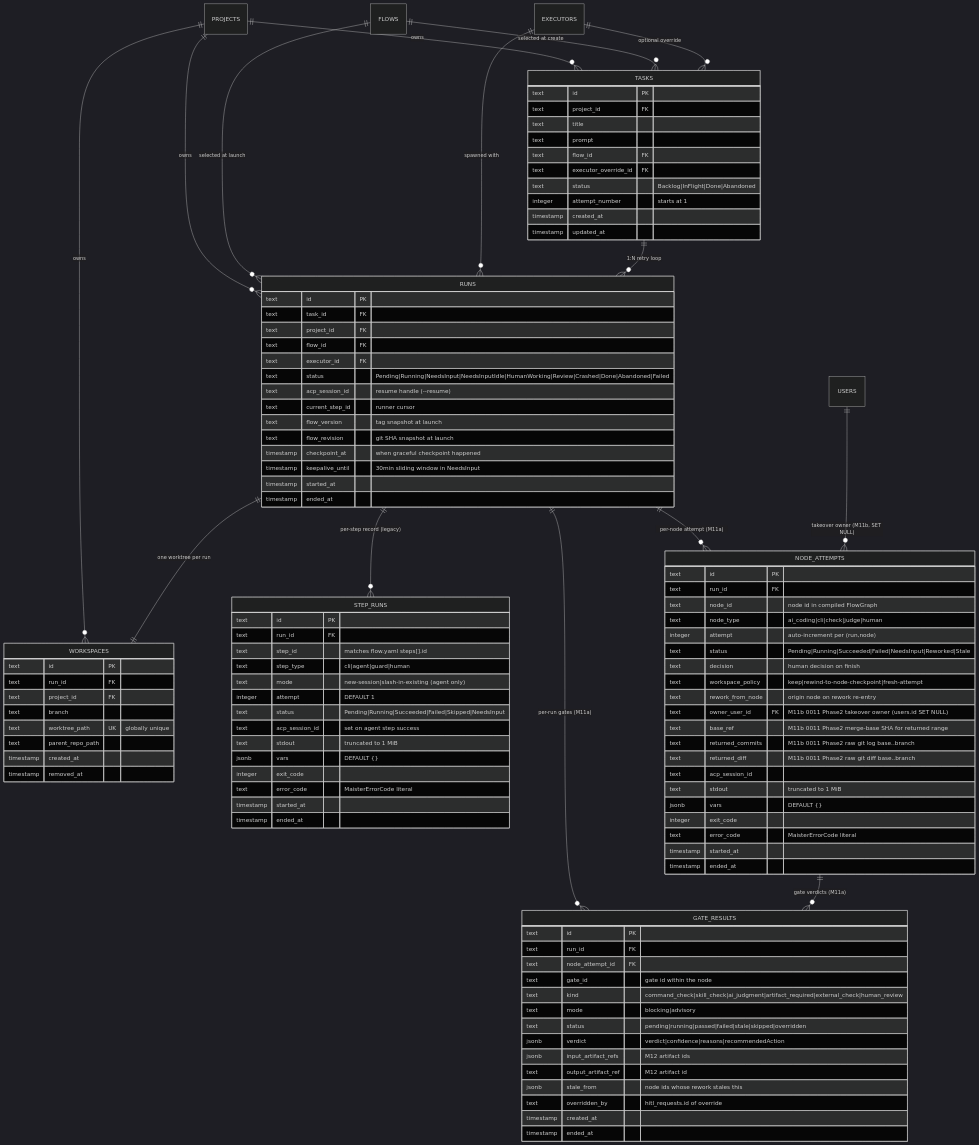
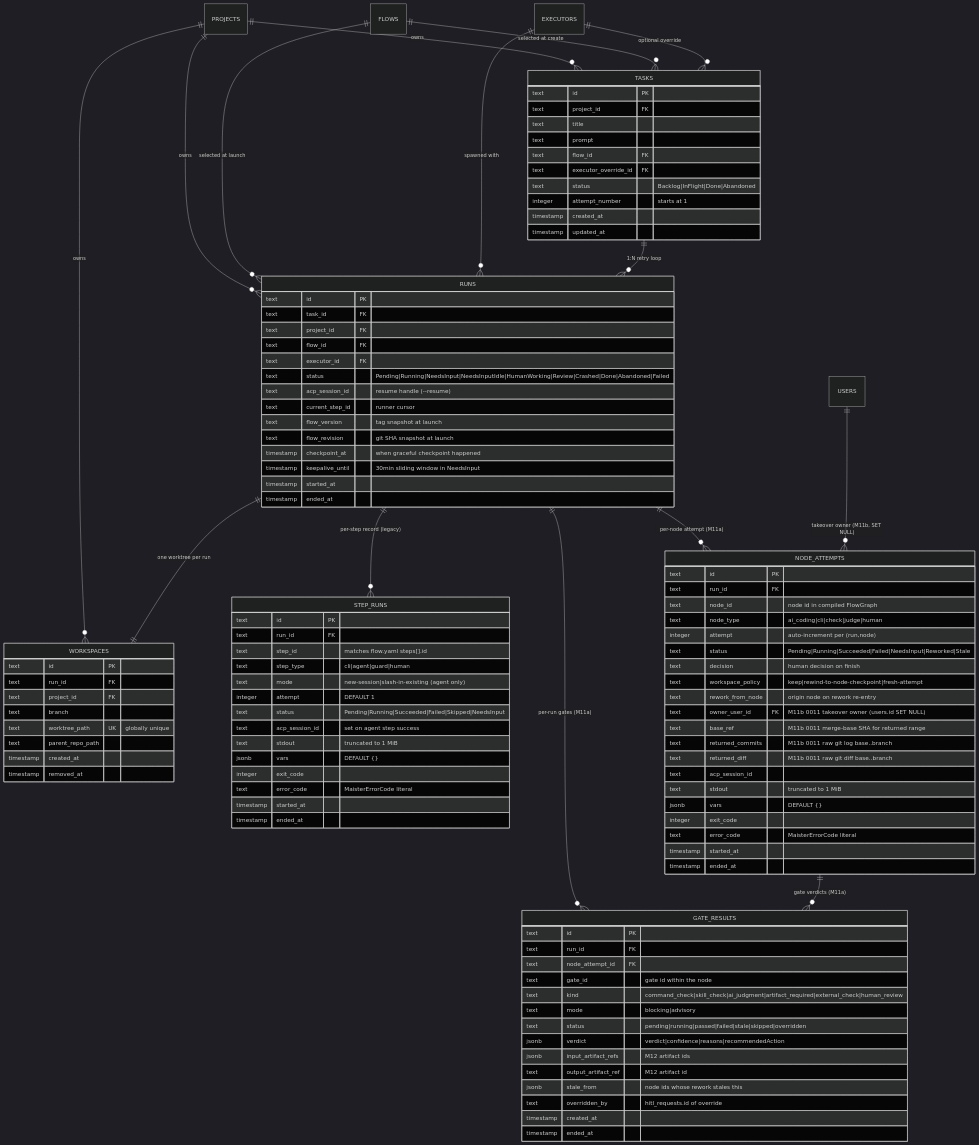
The diagram in docs/db/runs-domain.md (maister-dev/maister), drawn with Mermaid (dark theme) before and after one commit. The commit also changed other lines of this file and 5 other files, not shown here.

```diff
--- a/docs/db/runs-domain.md
+++ b/docs/db/runs-domain.md
@@ -91,10 +91,10 @@
         text decision "human decision on finish"
         text workspace_policy "keep|rewind-to-node-checkpoint|fresh-attempt"
         text rework_from_node "origin node on rework re-entry"
-        text owner_user_id FK "M11b 0011 Phase2 takeover owner (users.id SET NULL)"
-        text base_ref "M11b 0011 Phase2 merge-base SHA for returned range"
-        text returned_commits "M11b 0011 Phase2 raw git log base..branch"
-        text returned_diff "M11b 0011 Phase2 raw git diff base..branch"
+        text owner_user_id FK "M11b 0011 takeover owner (users.id SET NULL)"
+        text base_ref "M11b 0011 merge-base SHA for returned range"
+        text returned_commits "M11b 0011 raw git log base..branch"
+        text returned_diff "M11b 0011 raw git diff base..branch"
         text acp_session_id
         text stdout "truncated to 1 MiB"
         jsonb vars "DEFAULT {}"
```
